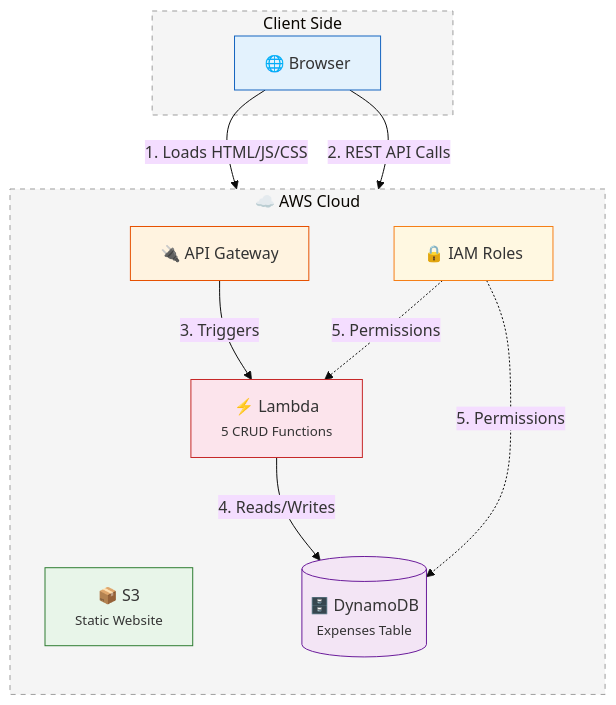
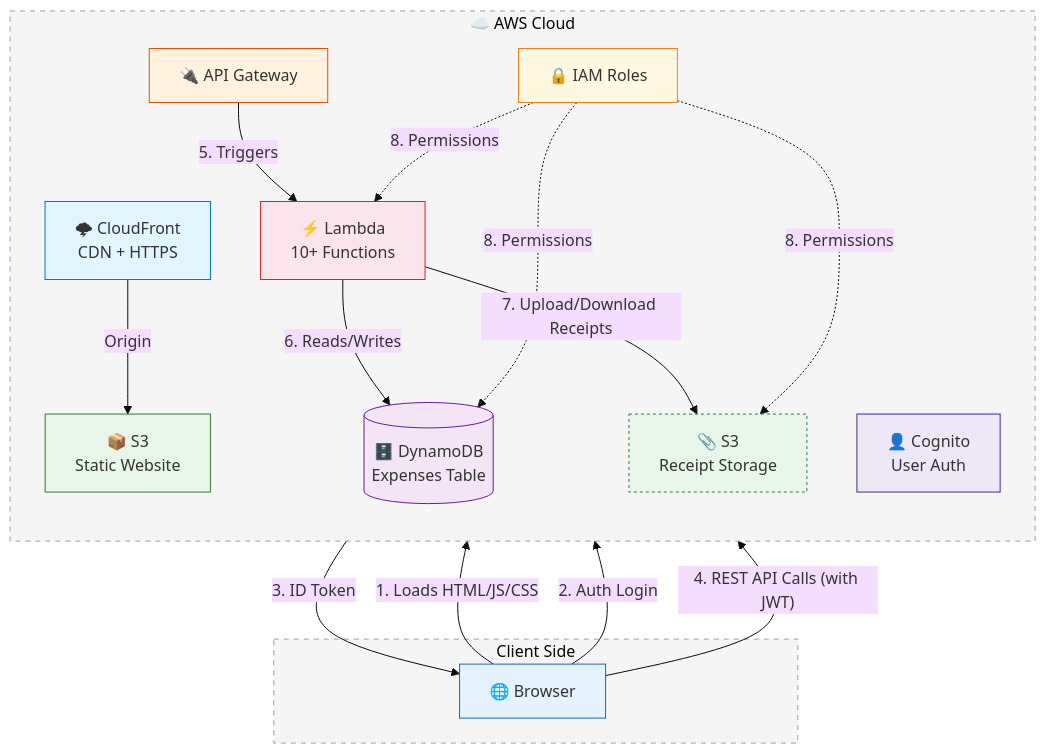
One commit to anubhavy-05/serverless-expense-tracker changed the diagram in README.md. Above: the diagram before and after it, drawn with Mermaid (base theme). The commit also changed other lines of this file and 3 other files, not shown here.

````diff
--- a/README.md
+++ b/README.md
@@ -41,31 +31,42 @@
 ```mermaid
 flowchart TB
     subgraph Client[Client Side]
         Browser[🌐 Browser]
     end
 
     subgraph AWS[☁️ AWS Cloud]
         direction TB
-        S3[📦 S3<br><small>Static Website</small>]
+        S3["📦 S3<br/>Static Website"]
+        CF["🌩 CloudFront<br/>CDN + HTTPS"]
         APIGW[🔌 API Gateway]
-        Lambda[⚡ Lambda<br><small>5 CRUD Functions</small>]
-        DynamoDB[(🗄️ DynamoDB<br><small>Expenses Table</small>)]
+        Lambda["⚡ Lambda<br/>10+ Functions"]
+        DynamoDB[("🗄️ DynamoDB<br/>Expenses Table")]
+        S3Receipt["📎 S3<br/>Receipt Storage"]
         IAM[🔒 IAM Roles]
+        Cognito["👤 Cognito<br/>User Auth"]
     end
 
-    Browser -->|1. Loads HTML/JS/CSS| S3
-    Browser -->|2. REST API Calls| APIGW
-    APIGW -->|3. Triggers| Lambda
-    Lambda -->|4. Reads/Writes| DynamoDB
-    IAM -.->|5. Permissions| Lambda
-    IAM -.->|5. Permissions| DynamoDB
+    Browser -->|1. Loads HTML/JS/CSS| CF
+    CF -->|Origin| S3
+    Browser -->|2. Auth Login| Cognito
+    Cognito -->|3. ID Token| Browser
+    Browser -->|"4. REST API Calls (with JWT)"| APIGW
+    APIGW -->|5. Triggers| Lambda
+    Lambda -->|6. Reads/Writes| DynamoDB
+    Lambda -->|7. Upload/Download Receipts| S3Receipt
+    IAM -.->|8. Permissions| Lambda
+    IAM -.->|8. Permissions| DynamoDB
+    IAM -.->|8. Permissions| S3Receipt
 
     style Browser fill:#e3f2fd,stroke:#1565c0
     style S3 fill:#e8f5e9,stroke:#2e7d32
+    style CF fill:#e1f5fe,stroke:#0277bd
     style APIGW fill:#fff3e0,stroke:#e65100
     style Lambda fill:#fce4ec,stroke:#c62828
     style DynamoDB fill:#f3e5f5,stroke:#6a1b9a
+    style S3Receipt fill:#e8f5e9,stroke:#2e7d32,stroke-dasharray: 3 3
     style IAM fill:#fff8e1,stroke:#f57f17
+    style Cognito fill:#ede7f6,stroke:#4527a0
     style AWS fill:#f5f5f5,stroke:#9e9e9e,stroke-width:1px,stroke-dasharray: 5 5
     style Client fill:#f5f5f5,stroke:#9e9e9e,stroke-width:1px,stroke-dasharray: 5 5
 ```
````
